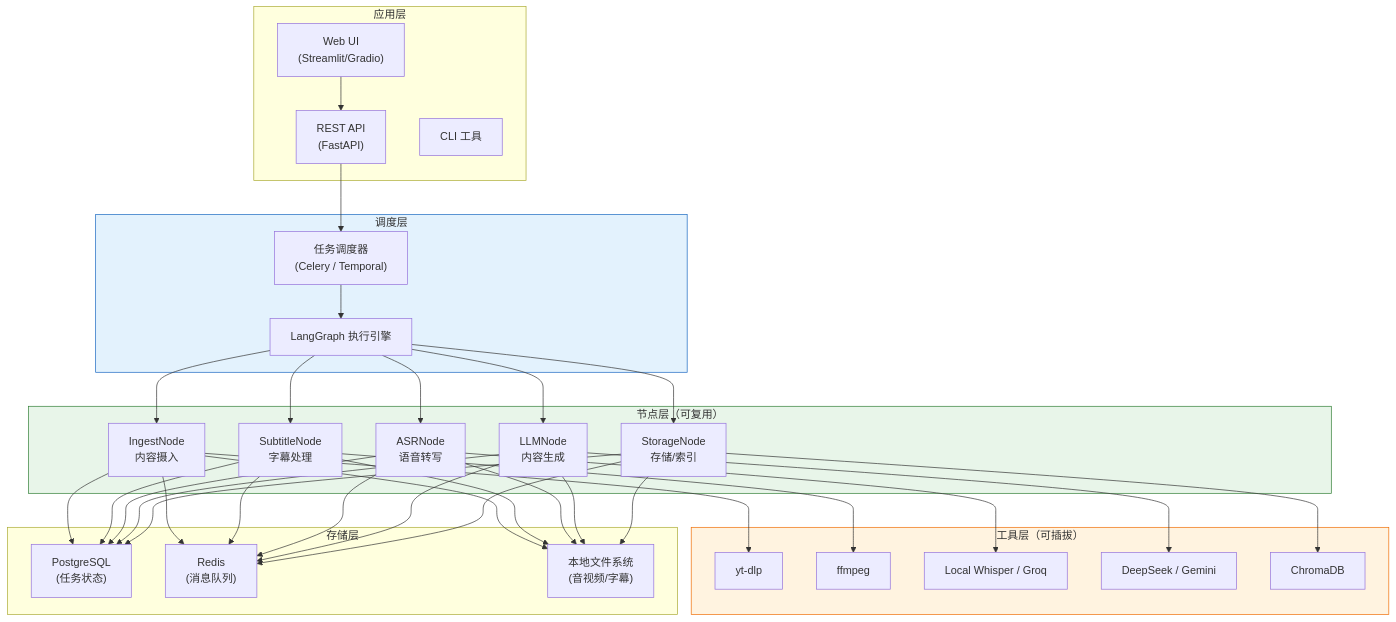
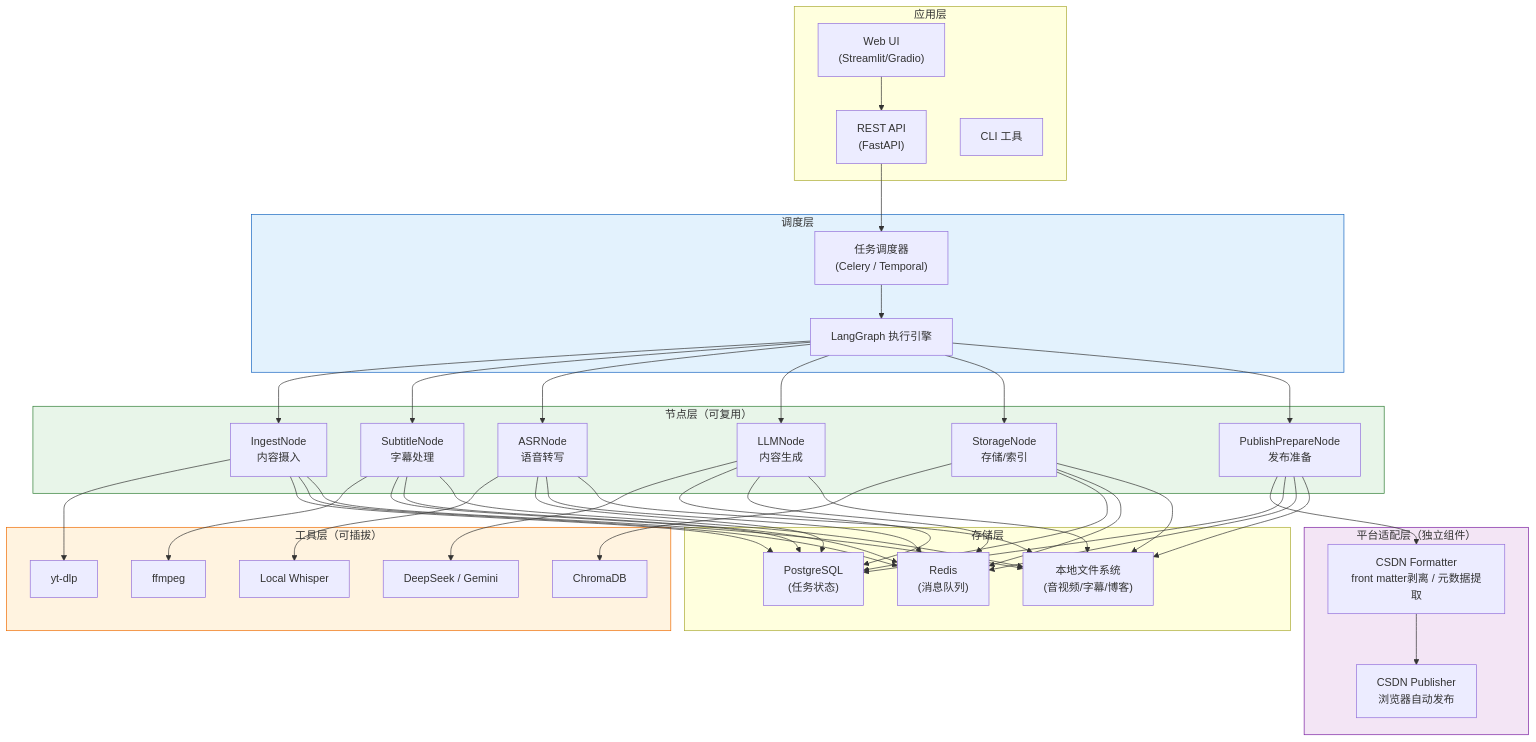
The first of 6 diagrams in AI_talking_about.md (liaowo6508-glitch/Video_TO_Blog), drawn with Mermaid before and after one commit. The commit also changed other lines of this file and 25 other files, not shown here.

````diff
--- a/AI_talking_about.md
+++ b/AI_talking_about.md
@@ -22,50 +22,58 @@
 ```mermaid
 flowchart TD
     subgraph 应用层["应用层"]
         A["Web UI<br/>(Streamlit/Gradio)"]
         B["REST API<br/>(FastAPI)"]
         C["CLI 工具"]
     end
 
     subgraph 调度层["调度层"]
         D["任务调度器<br/>(Celery / Temporal)"]
         E["LangGraph 执行引擎"]
     end
 
     subgraph 节点层["节点层（可复用）"]
         F["IngestNode<br/>内容摄入"]
         G["SubtitleNode<br/>字幕处理"]
         H["ASRNode<br/>语音转写"]
         I["LLMNode<br/>内容生成"]
         J["StorageNode<br/>存储/索引"]
+        S["PublishPrepareNode<br/>发布准备"]
     end
 
     subgraph 工具层["工具层（可插拔）"]
         K["yt-dlp"]
         L["ffmpeg"]
-        M["Local Whisper / Groq"]
+        M["Local Whisper"]
         N["DeepSeek / Gemini"]
         O["ChromaDB"]
+    end
+
+    subgraph 平台适配层["平台适配层（独立组件）"]
+        P1["CSDN Formatter<br/>front matter剥离 / 元数据提取"]
+        P2["CSDN Publisher<br/>浏览器自动发布"]
     end
 
     subgraph 存储层["存储层"]
         P["PostgreSQL<br/>(任务状态)"]
         Q["Redis<br/>(消息队列)"]
-        R["本地文件系统<br/>(音视频/字幕)"]
+        R["本地文件系统<br/>(音视频/字幕/博客)"]
     end
 
     A --> B
     B --> D
     D --> E
-    E --> F & G & H & I & J
+    E --> F & G & H & I & J & S
     F --> K
     G --> L
     H --> M
     I --> N
     J --> O
-    F & G & H & I & J --> P & Q & R
+    S --> P1 --> P2
+    F & G & H & I & J & S --> P & Q & R
 
     style 调度层 fill:#e3f2fd,stroke:#1565c0
     style 节点层 fill:#e8f5e9,stroke:#2e7d32
     style 工具层 fill:#fff3e0,stroke:#ef6c00
+    style 平台适配层 fill:#f3e5f5,stroke:#7b1fa2
 ```
````
